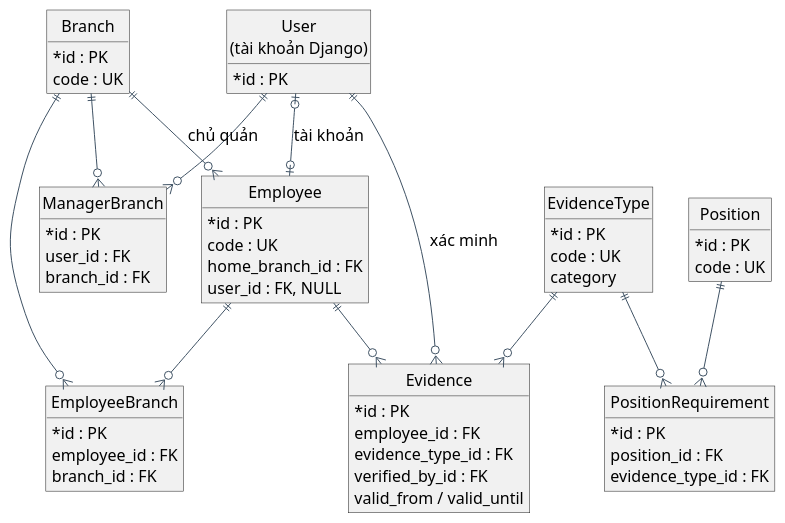
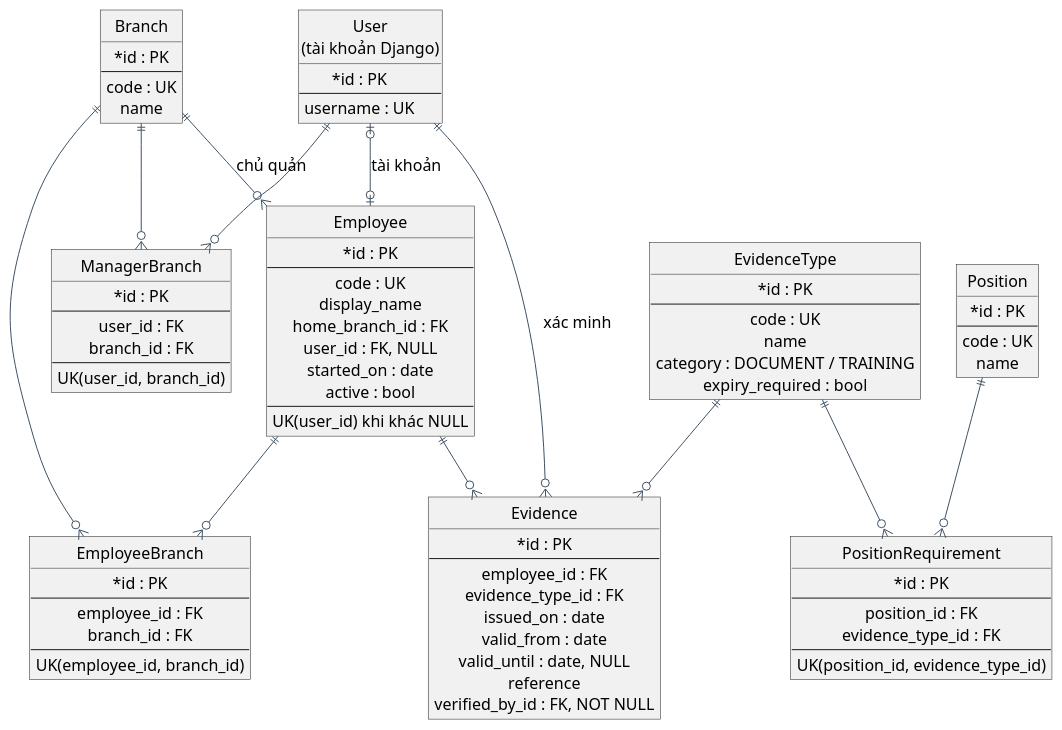
Before and after one commit to hn69969669/TTCN_DT05_HoSoNV-SXepCa: the diagram in HO_SO_DT05/diagram_bao_cao/05_erd_ho_so.puml, drawn with PlantUML. The commit also changed 66 other files, not shown here.

```diff
--- a/HO_SO_DT05/diagram_bao_cao/05_erd_ho_so.puml
+++ b/HO_SO_DT05/diagram_bao_cao/05_erd_ho_so.puml
@@ -1,72 +1,103 @@
 @startuml
 skinparam backgroundColor white
 skinparam defaultFontName Arial
 skinparam defaultFontSize 16
 skinparam shadowing false
 skinparam ArrowColor #3F5264
 skinparam defaultTextAlignment center
 skinparam roundCorner 0
-skinparam monochrome false
 skinparam usecaseBackgroundColor #EFF5F8
 skinparam usecaseBorderColor #385B70
 skinparam rectangleBorderColor #385B70
 skinparam componentStyle rectangle
 skinparam classAttributeIconSize 0
+skinparam activityBackgroundColor #EFF5F8
+skinparam activityBorderColor #385B70
+skinparam stateBackgroundColor #EFF5F8
+skinparam stateBorderColor #385B70
 hide circle
 hide methods
 entity "User\n(tài khoản Django)" as U {
   * id : PK
+  --
+  username : UK
 }
 entity Branch {
   * id : PK
+  --
   code : UK
+  name
 }
 entity ManagerBranch {
   * id : PK
+  --
   user_id : FK
   branch_id : FK
+  --
+  UK(user_id, branch_id)
 }
 entity Employee {
   * id : PK
+  --
   code : UK
+  display_name
   home_branch_id : FK
   user_id : FK, NULL
+  started_on : date
+  active : bool
+  --
+  UK(user_id) khi khác NULL
 }
 entity EmployeeBranch {
   * id : PK
+  --
   employee_id : FK
   branch_id : FK
+  --
+  UK(employee_id, branch_id)
 }
 entity Evidence {
   * id : PK
+  --
   employee_id : FK
   evidence_type_id : FK
-  verified_by_id : FK
-  valid_from / valid_until
+  issued_on : date
+  valid_from : date
+  valid_until : date, NULL
+  reference
+  verified_by_id : FK, NOT NULL
 }
 entity EvidenceType {
   * id : PK
+  --
   code : UK
-  category
+  name
+  category : DOCUMENT / TRAINING
+  expiry_required : bool
 }
 entity PositionRequirement {
   * id : PK
+  --
   position_id : FK
   evidence_type_id : FK
+  --
+  UK(position_id, evidence_type_id)
 }
 entity Position {
   * id : PK
+  --
   code : UK
+  name
 }
 U ||--o{ ManagerBranch
 Branch ||--o{ ManagerBranch
 U |o--o| Employee : tài khoản
 Branch ||--o{ Employee : chủ quản
 Employee ||--o{ EmployeeBranch
 Branch ||--o{ EmployeeBranch
 Employee ||--o{ Evidence
 U ||--o{ Evidence : xác minh
 EvidenceType ||--o{ Evidence
 EvidenceType ||--o{ PositionRequirement
 Position ||--o{ PositionRequirement
 @enduml
```
